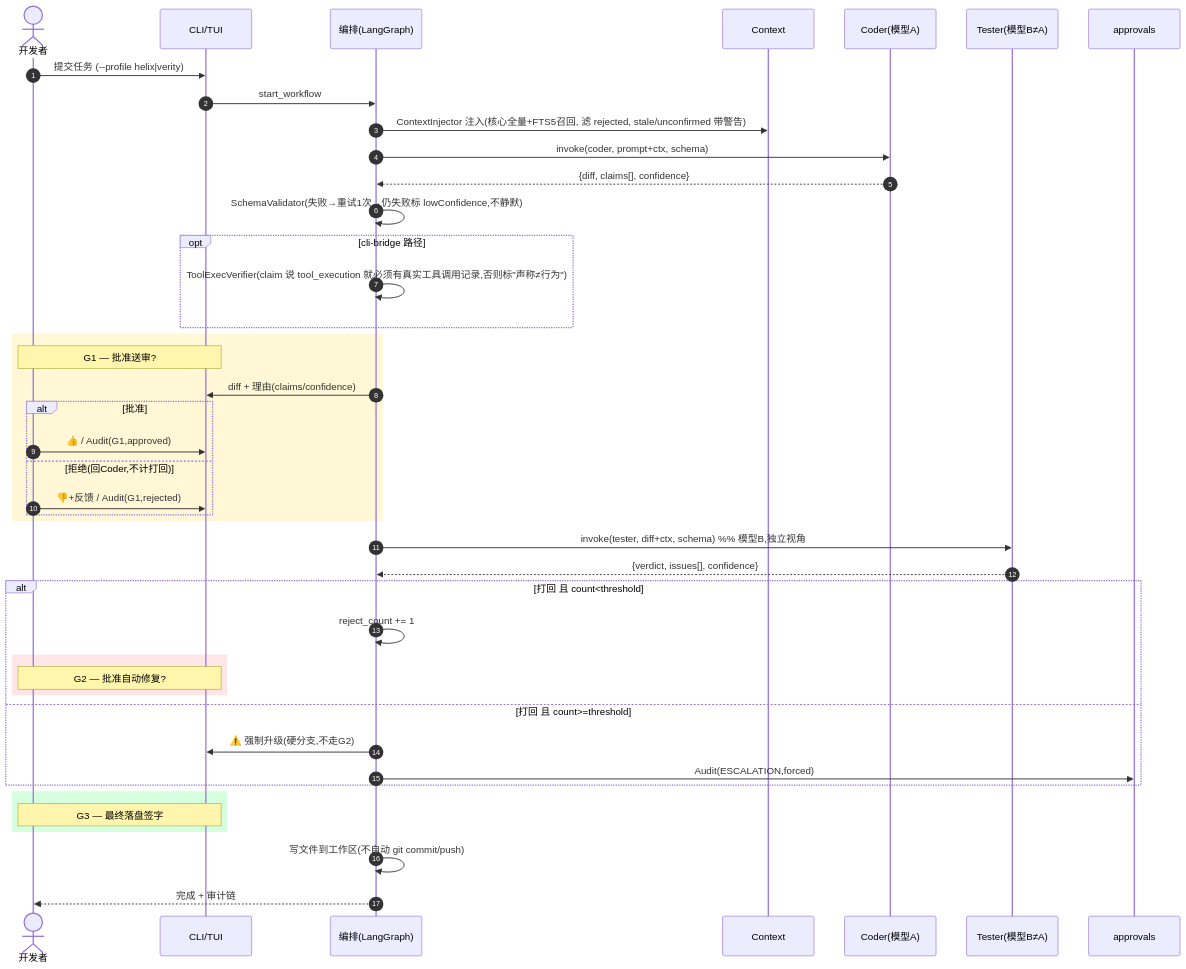
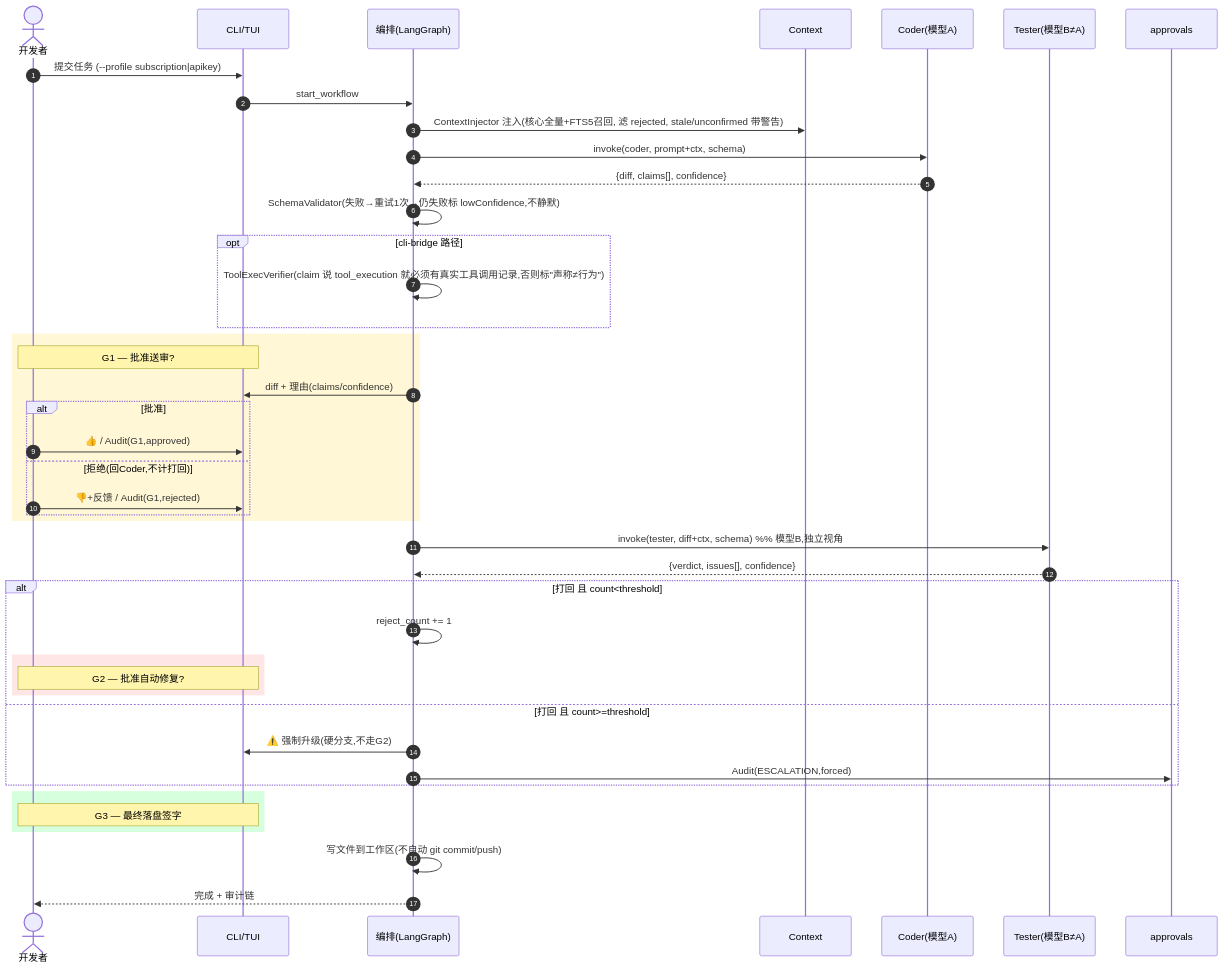
Before and after one commit to elishawong/aeloop: the fourth of 6 diagrams in docs/DESIGN.md, drawn with Mermaid. The commit also changed other lines of this file and 22 other files, not shown here.

First line of the commit message:
refactor: profile helix/verity → subscription/apikey

````diff
--- a/docs/DESIGN.md
+++ b/docs/DESIGN.md
@@ -171,46 +171,46 @@
 ```mermaid
 sequenceDiagram
     autonumber
     actor Dev as 开发者
     participant UI as CLI/TUI
     participant Orc as 编排(LangGraph)
     participant Mem as Context
     participant Coder as Coder(模型A)
     participant Tester as Tester(模型B≠A)
     participant Audit as approvals
 
-    Dev->>UI: 提交任务 (--profile helix|verity)
+    Dev->>UI: 提交任务 (--profile subscription|apikey)
     UI->>Orc: start_workflow
     Orc->>Mem: ContextInjector 注入(核心全量+FTS5召回, 滤 rejected, stale/unconfirmed 带警告)
     Orc->>Coder: invoke(coder, prompt+ctx, schema)
     Coder-->>Orc: {diff, claims[], confidence}
     Orc->>Orc: SchemaValidator(失败→重试1次→仍失败标 lowConfidence,不静默)
     opt cli-bridge 路径
         Orc->>Orc: ToolExecVerifier(claim 说 tool_execution 就必须有真实工具调用记录,否则标"声称≠行为")
     end
     rect rgb(255,247,214)
     Note over Dev,UI: G1 — 批准送审?
     Orc->>UI: diff + 理由(claims/confidence)
     alt 批准
         Dev->>UI: 👍 / Audit(G1,approved)
     else 拒绝(回Coder,不计打回)
         Dev->>UI: 👎+反馈 / Audit(G1,rejected)
     end
     end
     Orc->>Tester: invoke(tester, diff+ctx, schema)  %% 模型B,独立视角
     Tester-->>Orc: {verdict, issues[], confidence}
     alt 打回 且 count<threshold
         Orc->>Orc: reject_count += 1
         rect rgb(255,230,230)
         Note over Dev,UI: G2 — 批准自动修复?
         end
     else 打回 且 count>=threshold
         Orc->>UI: ⚠️ 强制升级(硬分支,不走G2)
         Orc->>Audit: Audit(ESCALATION,forced)
     end
     rect rgb(214,255,222)
     Note over Dev,UI: G3 — 最终落盘签字
     end
     Orc->>Orc: 写文件到工作区(不自动 git commit/push)
     Orc-->>Dev: 完成 + 审计链
 ```
````
